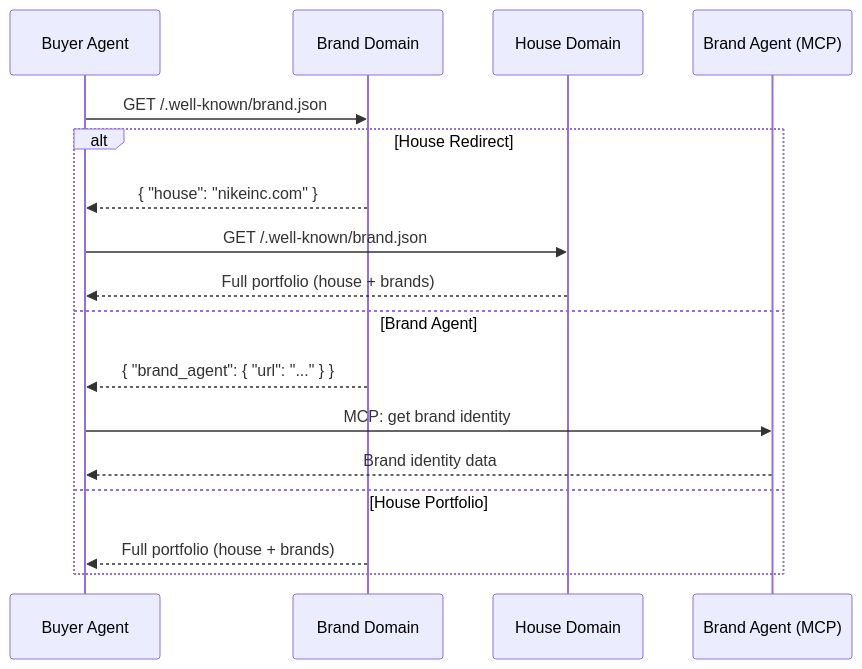
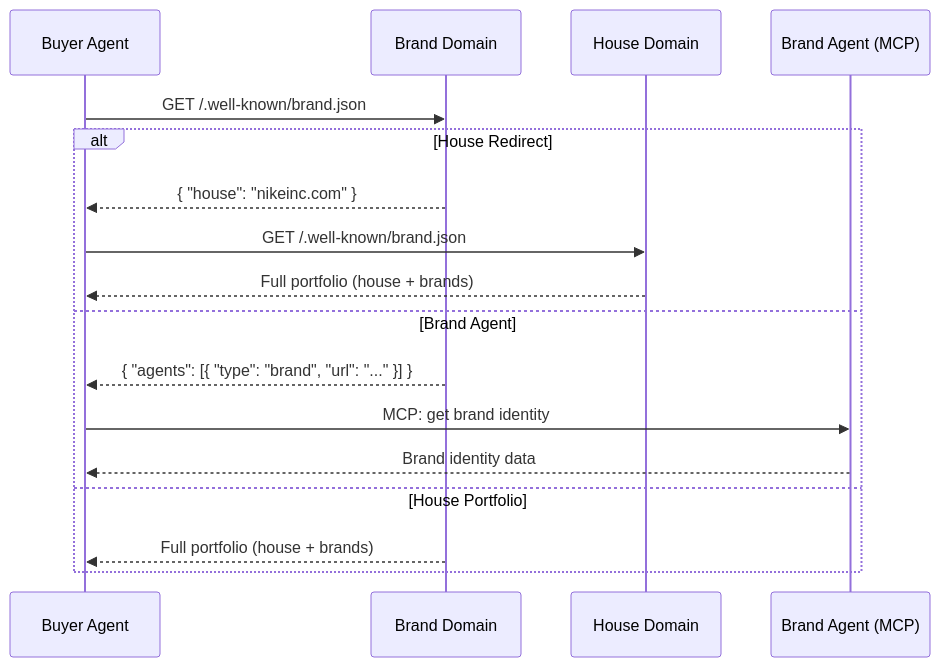
Before and after one commit to adcontextprotocol/adcp: the diagram in docs/brand-protocol/key-concepts.mdx, drawn with Mermaid. The commit also changed other lines of this file and 17 other files, not shown here.

````diff
--- a/docs/brand-protocol/key-concepts.mdx
+++ b/docs/brand-protocol/key-concepts.mdx
@@ -31,20 +31,20 @@
 ```mermaid
 sequenceDiagram
     participant Agent as Buyer Agent
     participant Domain as Brand Domain
     participant House as House Domain
     participant BrandAgent as Brand Agent (MCP)
 
     Agent->>Domain: GET /.well-known/brand.json
     alt House Redirect
         Domain-->>Agent: { "house": "nikeinc.com" }
         Agent->>House: GET /.well-known/brand.json
         House-->>Agent: Full portfolio (house + brands)
     else Brand Agent
-        Domain-->>Agent: { "brand_agent": { "url": "..." } }
+        Domain-->>Agent: { "agents": [{ "type": "brand", "url": "..." }] }
         Agent->>BrandAgent: MCP: get brand identity
         BrandAgent-->>Agent: Brand identity data
     else House Portfolio
         Domain-->>Agent: Full portfolio (house + brands)
     end
 ```
````
